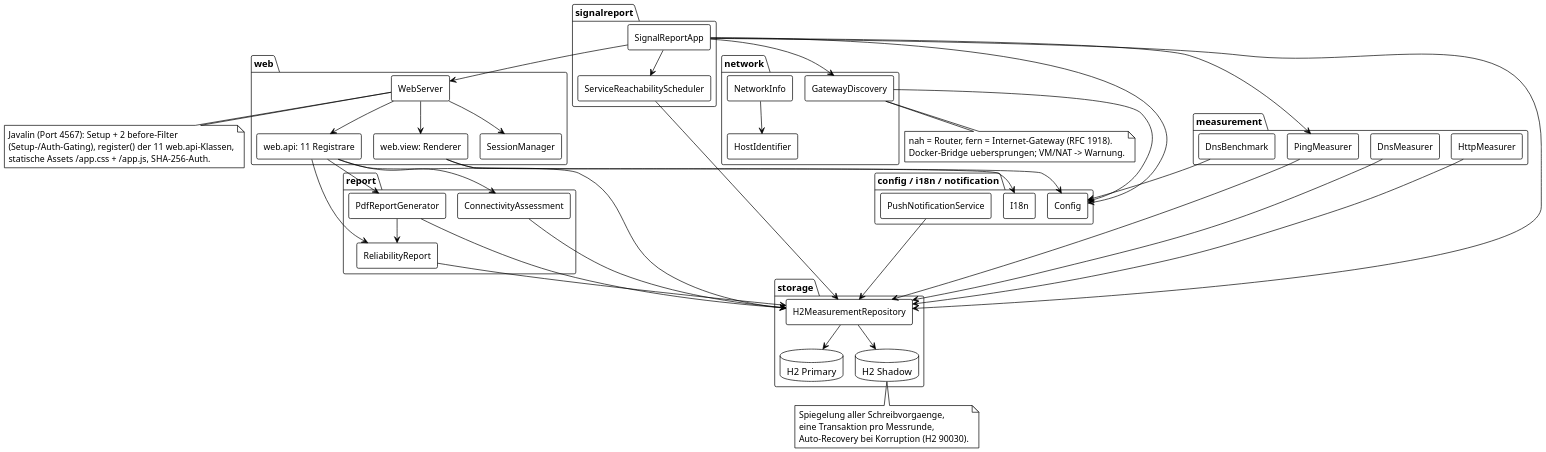
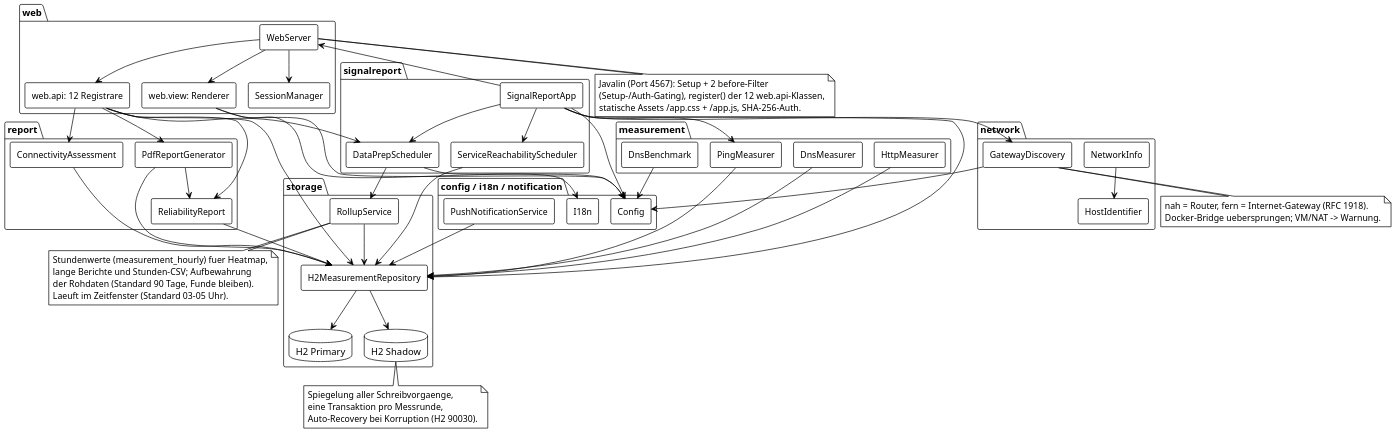
One commit to matthili/SignalReport changed the diagram in docs/diagrams/component-diagram.puml. Above: the diagram before and after it, drawn with PlantUML. The commit also changed 52 other files, not shown here.

Commit message:
Data preparation: hourly rollups, retention, streamed CSV/ZIP export, settings card (2.2.0)

```diff
--- a/docs/diagrams/component-diagram.puml
+++ b/docs/diagrams/component-diagram.puml
@@ -1,94 +1,107 @@
 @startuml component-diagram
 !pragma layout smetana
 skinparam dpi 150
 scale max 16384 width
 !theme plain
 skinparam componentFontSize 13
 skinparam componentStyle rectangle
 
 package "signalreport" {
   [SignalReportApp] as App
   [ServiceReachabilityScheduler] as Sched
+  [DataPrepScheduler] as DataPrep
 }
 package "web" {
   [WebServer] as Web
-  [web.api: 11 Registrare] as Api
+  [web.api: 12 Registrare] as Api
   [web.view: Renderer] as View
   [SessionManager] as SessionMgr
 }
 package "measurement" {
   [PingMeasurer] as Ping
   [DnsMeasurer] as DNS
   [HttpMeasurer] as HTTP
   [DnsBenchmark] as Benchmark
 }
 package "network" {
   [GatewayDiscovery] as GwDisc
   [NetworkInfo] as NetInfo
   [HostIdentifier] as HostID
 }
 package "storage" {
   [H2MeasurementRepository] as Repo
+  [RollupService] as Rollup
   database "H2 Primary" as PrimaryDB
   database "H2 Shadow" as ShadowDB
 }
 package "report" {
   [ReliabilityReport] as Reliability
   [ConnectivityAssessment] as Connectivity
   [PdfReportGenerator] as PDF
 }
 package "config / i18n / notification" {
   [Config] as Config
   [I18n] as I18n
   [PushNotificationService] as Push
 }
 
 App --> Web
 App --> Ping
 App --> GwDisc
 App --> Repo
 App --> Config
 App --> Sched
+App --> DataPrep
 Sched --> Repo
+DataPrep --> Rollup
+DataPrep --> Config
+Rollup --> Repo
 
 Web --> Api
 Web --> View
 Web --> SessionMgr
 Api --> Repo
 Api --> Reliability
 Api --> Connectivity
 Api --> PDF
+Api --> DataPrep
 View --> I18n
 View --> Config
 
 Reliability --> Repo
 Connectivity --> Repo
 PDF --> Repo
 PDF --> Reliability
 Push --> Repo
 
 Ping --> Repo
 DNS --> Repo
 HTTP --> Repo
 Benchmark --> Config
 GwDisc --> Config
 NetInfo --> HostID
 
 Repo --> PrimaryDB
 Repo --> ShadowDB
 
 note bottom of Web
   Javalin (Port 4567): Setup + 2 before-Filter
-  (Setup-/Auth-Gating), register() der 11 web.api-Klassen,
+  (Setup-/Auth-Gating), register() der 12 web.api-Klassen,
   statische Assets /app.css + /app.js, SHA-256-Auth.
 end note
 note bottom of GwDisc
   nah = Router, fern = Internet-Gateway (RFC 1918).
   Docker-Bridge uebersprungen; VM/NAT -> Warnung.
 end note
 note bottom of ShadowDB
   Spiegelung aller Schreibvorgaenge,
   eine Transaktion pro Messrunde,
   Auto-Recovery bei Korruption (H2 90030).
 end note
+note bottom of Rollup
+  Stundenwerte (measurement_hourly) fuer Heatmap,
+  lange Berichte und Stunden-CSV; Aufbewahrung
+  der Rohdaten (Standard 90 Tage, Funde bleiben).
+  Laeuft im Zeitfenster (Standard 03-05 Uhr).
+end note
 @enduml
```
